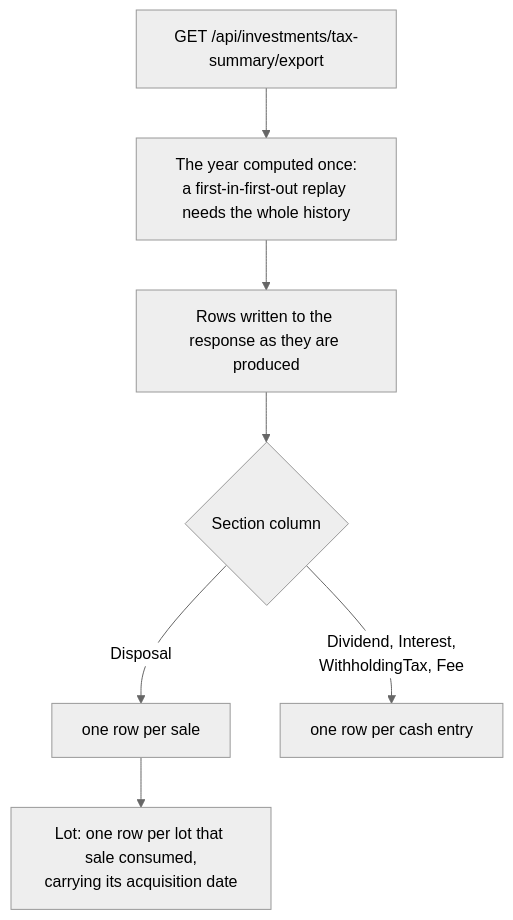
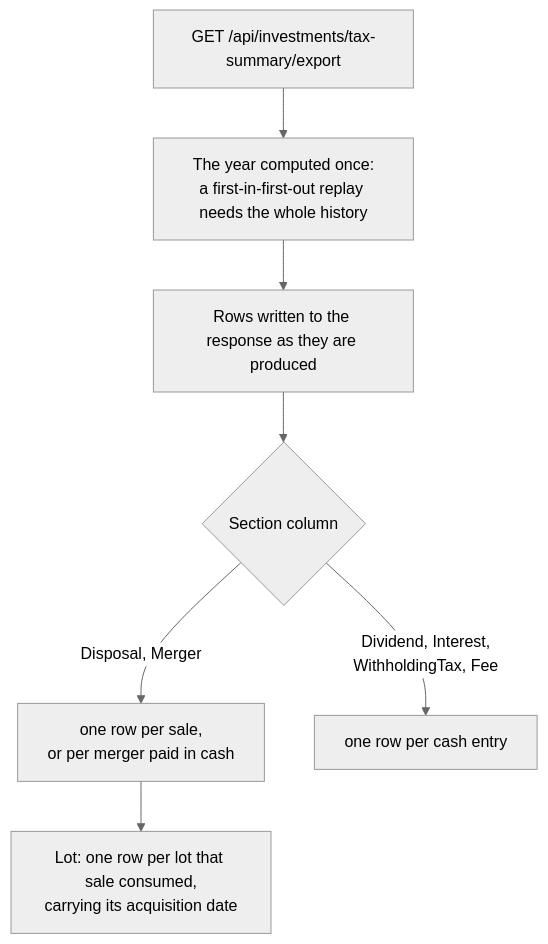
One commit to Justxs/Jx-Finance changed the third of 3 diagrams in docs/features/exports.md. Above: the diagram before and after it, drawn with Mermaid (neutral theme). The commit also changed other lines of this file and 63 other files, not shown here.

````diff
--- a/docs/features/exports.md
+++ b/docs/features/exports.md
@@ -49,9 +49,9 @@
 ```mermaid
 flowchart TD
     Ask["GET /api/investments/tax-summary/export"] --> Build["The year computed once:<br/>a first-in-first-out replay needs the whole history"]
     Build --> Write["Rows written to the response as they are produced"]
     Write --> Kind{"Section column"}
-    Kind -->|"Disposal"| Sale["one row per sale"]
+    Kind -->|"Disposal, Merger"| Sale["one row per sale,<br/>or per merger paid in cash"]
     Sale --> Lot["Lot: one row per lot that sale consumed,<br/>carrying its acquisition date"]
     Kind -->|"Dividend, Interest,<br/>WithholdingTax, Fee"| Cash["one row per cash entry"]
 ```
````
